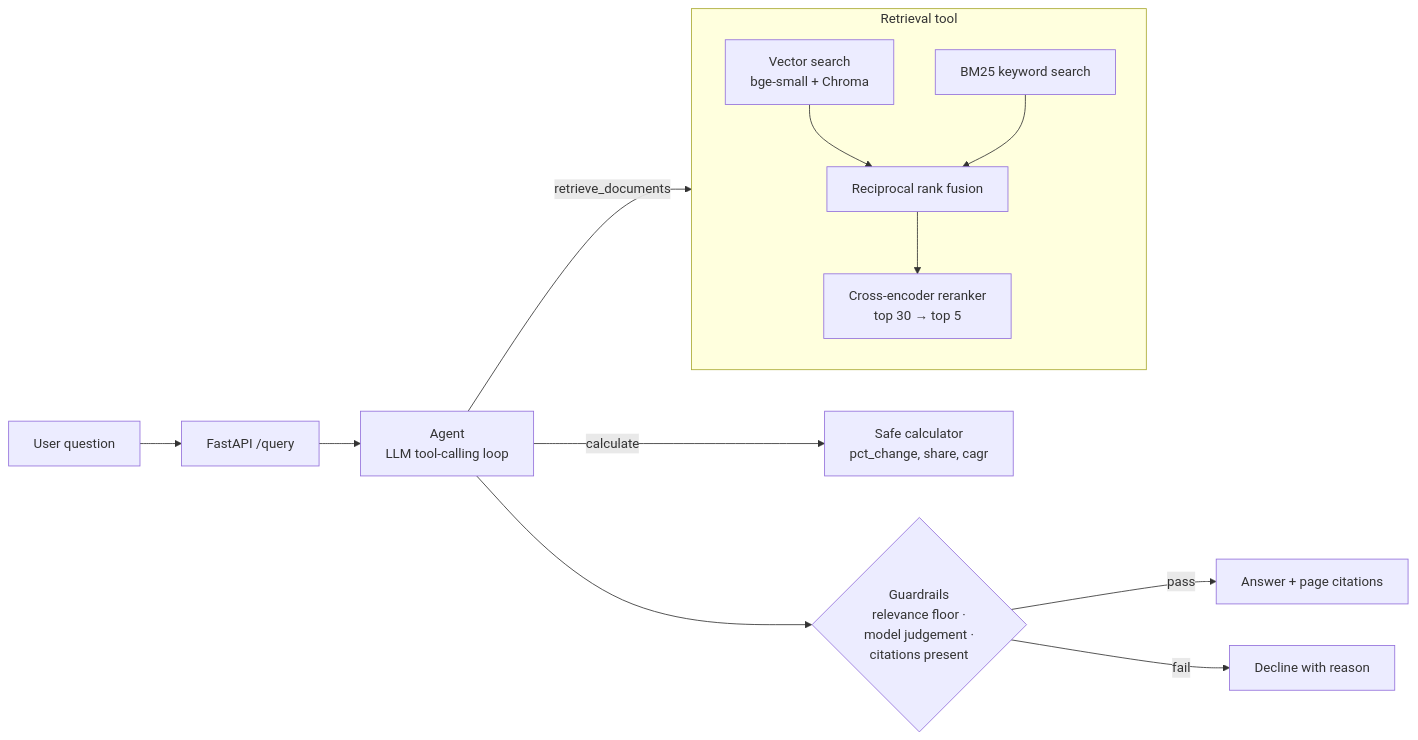
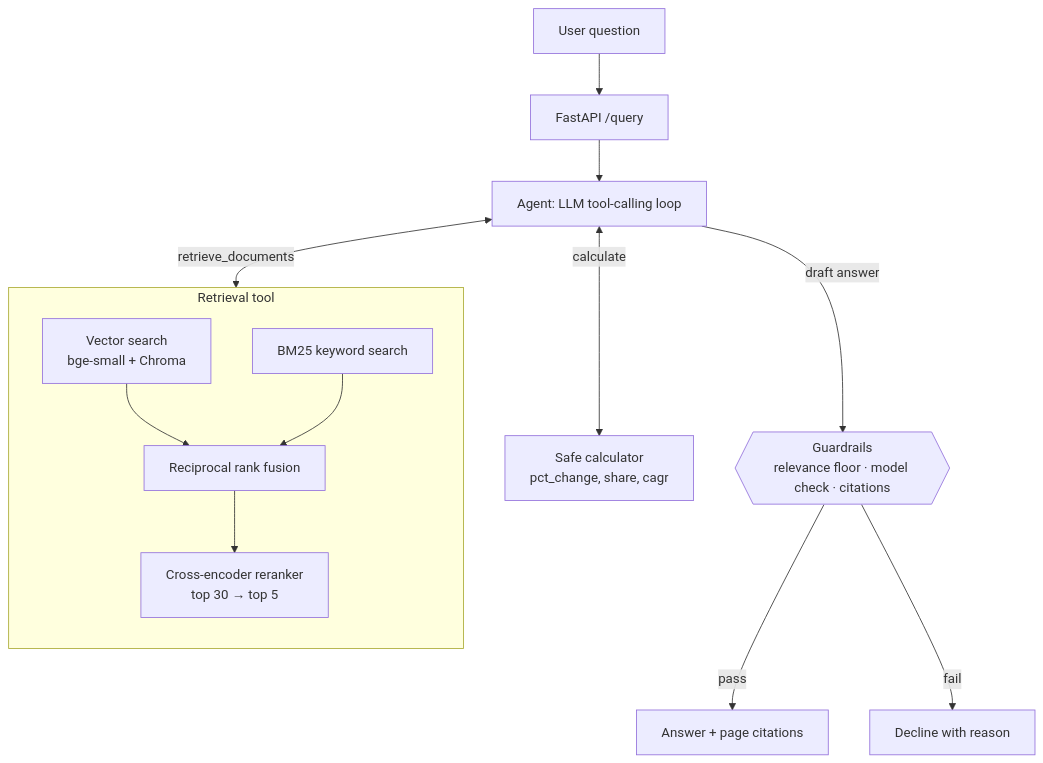
The diagram in README.md (Ohm-Kel/consulting-research-copilot), drawn with Mermaid before and after one commit. The commit also changed other lines of this file, not shown here.

Commit message:
Redraw README diagram top to bottom and fix formatting
Tool results now flow back to the agent and only the draft answer goes
through the guardrails. Also fix a stray list item and wide code lines.

````diff
--- a/README.md
+++ b/README.md
@@ -46,16 +46,16 @@
 ```mermaid
-flowchart LR
+flowchart TB
     Q[User question] --> API[FastAPI /query]
-    API --> A[Agent<br/>LLM tool-calling loop]
-    A -- retrieve_documents --> R
-    A -- calculate --> C[Safe calculator<br/>pct_change, share, cagr]
+    API --> A[Agent: LLM tool-calling loop]
+    A <-->|retrieve_documents| R
+    A <-->|calculate| C[Safe calculator<br/>pct_change, share, cagr]
     subgraph R [Retrieval tool]
         direction TB
         V[Vector search<br/>bge-small + Chroma] --> F[Reciprocal rank fusion]
         B[BM25 keyword search] --> F
         F --> X[Cross-encoder reranker<br/>top 30 → top 5]
     end
-    A --> G{Guardrails<br/>relevance floor ·<br/>model judgement ·<br/>citations present}
-    G -- pass --> OK[Answer + page citations]
-    G -- fail --> D[Decline with reason]
+    A -->|draft answer| G{{Guardrails<br/>relevance floor · model check · citations}}
+    G -->|pass| OK[Answer + page citations]
+    G -->|fail| D[Decline with reason]
 ```
````
